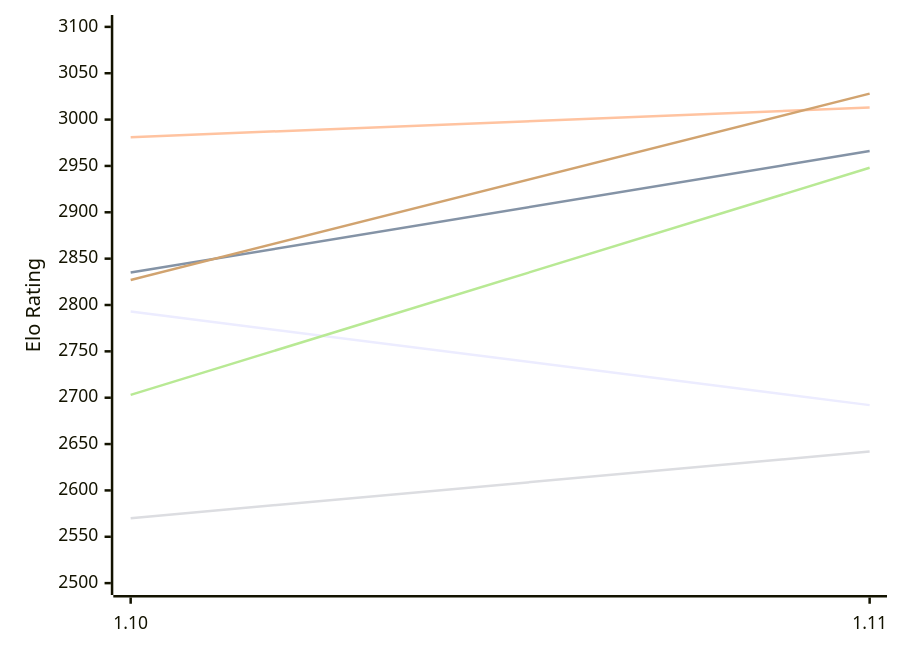
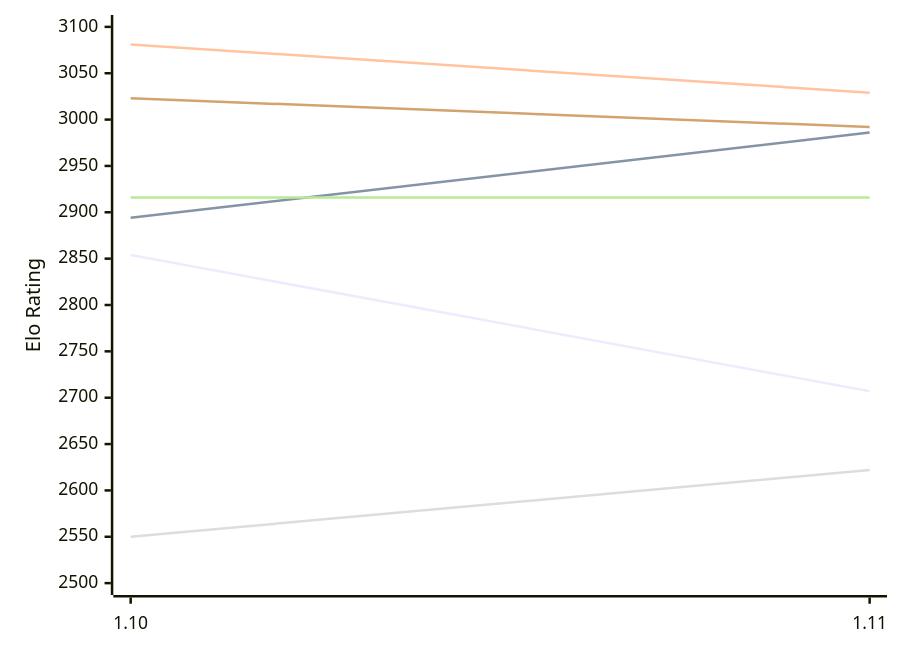
One commit to computer-chess-index/cci changed the first of 2 diagrams in engines/Roc.md. Above: the diagram before and after it, drawn with Mermaid. The commit also changed other lines of this file, not shown here.

Commit message:
Update CCI Ratings (ELO VLTC) - 2026-11-14

````diff
--- a/engines/Roc.md
+++ b/engines/Roc.md
@@ -50,12 +50,12 @@
 ```mermaid
 %%{init: {"theme":"base","themeVariables":{"seriesColors:['#a3a3a3','#222221','#faa371']}}}%%
 xychart-beta
   x-axis ["1.10", "1.11"]
   y-axis "Elo Rating" 2500 --> 3100
-  line "E1: STC (8.0+0.08s)" [2793, 2692]
-  line "E1: LTC (60.0+0.60s)" [2835, 2966]
-  line "E1: VLTC (2m24s+1.12s)" [2981, 3013]
-  line "P1: STC (8.0+0.08s)" [2570, 2642]
-  line "P1: LTC (60.0+0.60s)" [2703, 2948]
-  line "P1: VLTC (2m24s+1.12s)" [2827, 3028]
+  line "E1: STC (8.0+0.08s)" [2854, 2707]
+  line "E1: LTC (60.0+0.60s)" [2894, 2986]
+  line "E1: VLTC (2m24s+1.12s)" [3081, 3029]
+  line "P1: STC (8.0+0.08s)" [2550, 2622]
+  line "P1: LTC (60.0+0.60s)" [2916, 2916]
+  line "P1: VLTC (2m24s+1.12s)" [3023, 2992]
 ```
````
